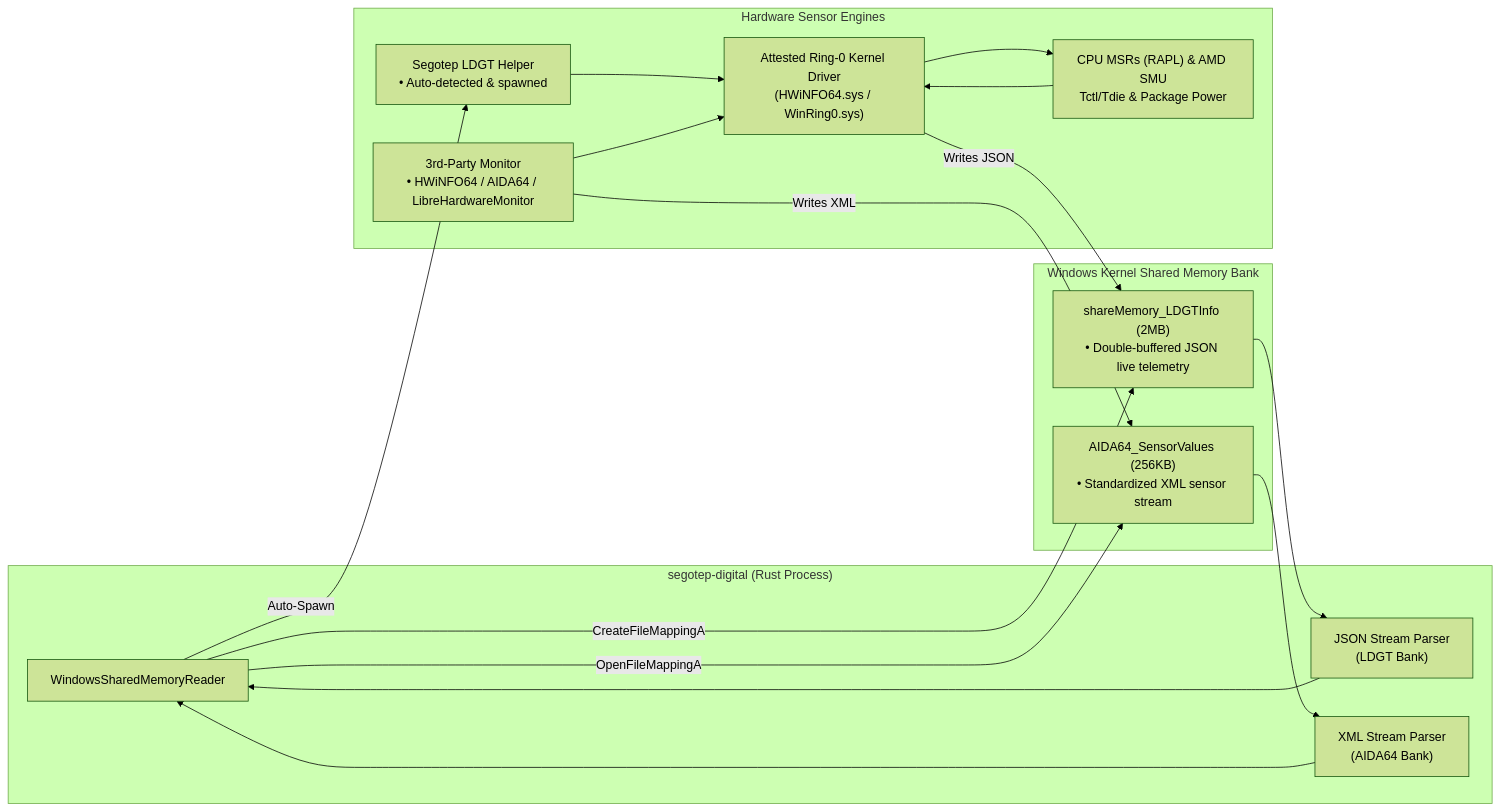
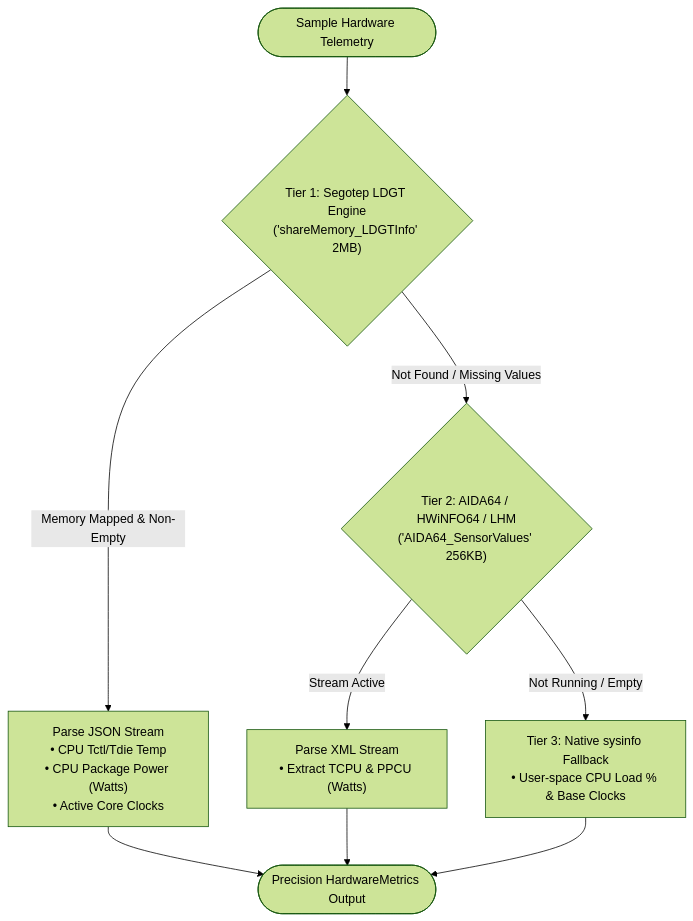
One commit to Delnegend/segotep-digital changed the fifth of 6 diagrams in ARCHITECTURE.md. Above: the diagram before and after it, drawn with Mermaid (forest theme). The commit also changed other lines of this file, not shown here.

Commit message:
docs: simplify section 4 diagram in ARCHITECTURE.md with tier fallback flow

````diff
--- a/ARCHITECTURE.md
+++ b/ARCHITECTURE.md
@@ -145,37 +145,15 @@
 ```mermaid
-flowchart LR
-    subgraph SegotepApp["segotep-digital (Rust Process)"]
-        MAPPER["WindowsSharedMemoryReader"]
-        JSON_P["JSON Stream Parser<br/>(LDGT Bank)"]
-        XML_P["XML Stream Parser<br/>(AIDA64 Bank)"]
-    end
+flowchart TD
+    SAMPLE(["Sample Hardware Telemetry"]) --> TIER1{"Tier 1: Segotep LDGT Engine<br/>('shareMemory_LDGTInfo' 2MB)"}
 
-    subgraph WinKernelMemory["Windows Kernel Shared Memory Bank"]
-        MEM_LDGT["shareMemory_LDGTInfo (2MB)<br/>• Double-buffered JSON live telemetry"]
-        MEM_AIDA["AIDA64_SensorValues (256KB)<br/>• Standardized XML sensor stream"]
-    end
+    TIER1 -->|Memory Mapped & Non-Empty| PARSE_JSON["Parse JSON Stream<br/>• CPU Tctl/Tdie Temp<br/>• CPU Package Power (Watts)<br/>• Active Core Clocks"]
+    TIER1 -->|Not Found / Missing Values| TIER2{"Tier 2: AIDA64 / HWiNFO64 / LHM<br/>('AIDA64_SensorValues' 256KB)"}
 
-    subgraph SensorProviders["Hardware Sensor Engines"]
-        ENGINE_LDGT["Segotep LDGT Helper<br/>• Auto-detected & spawned"]
-        EXT_MONITORS["3rd-Party Monitor<br/>• HWiNFO64 / AIDA64 / LibreHardwareMonitor"]
-        RING0["Attested Ring-0 Kernel Driver<br/>(HWiNFO64.sys / WinRing0.sys)"]
-        HARDWARE["CPU MSRs (RAPL) & AMD SMU<br/>Tctl/Tdie & Package Power"]
-    end
+    PARSE_JSON --> EMIT(["Precision HardwareMetrics Output"])
 
-    MAPPER -->|CreateFileMappingA| MEM_LDGT
-    MAPPER -->|OpenFileMappingA| MEM_AIDA
-    MAPPER -->|Auto-Spawn| ENGINE_LDGT
+    TIER2 -->|Stream Active| PARSE_XML["Parse XML Stream<br/>• Extract TCPU & PPCU (Watts)"]
+    TIER2 -->|Not Running / Empty| TIER3["Tier 3: Native sysinfo Fallback<br/>• User-space CPU Load % & Base Clocks"]
 
-    ENGINE_LDGT --> RING0
-    EXT_MONITORS --> RING0
-    RING0 --> HARDWARE
-    HARDWARE --> RING0
-
-    RING0 -->|Writes JSON| MEM_LDGT
-    EXT_MONITORS -->|Writes XML| MEM_AIDA
-
-    MEM_LDGT --> JSON_P
-    MEM_AIDA --> XML_P
-    JSON_P --> MAPPER
-    XML_P --> MAPPER
+    PARSE_XML --> EMIT
+    TIER3 --> EMIT
 ```
````
